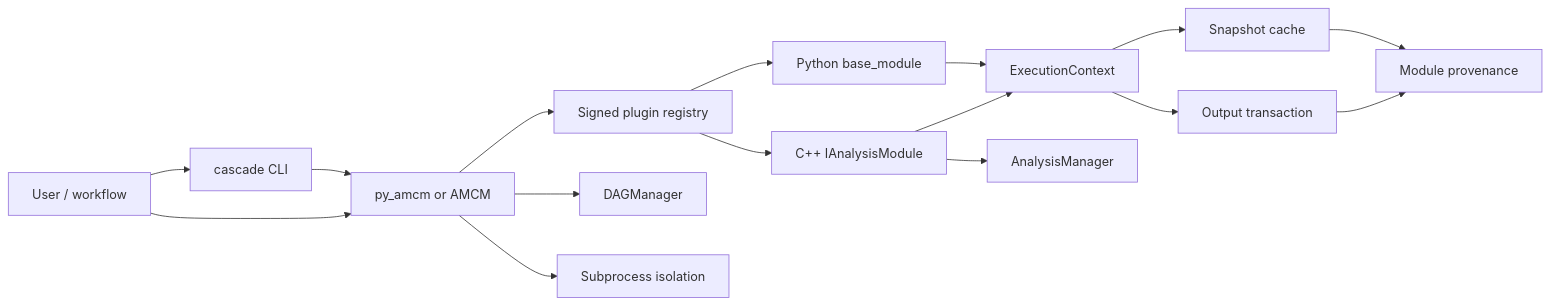
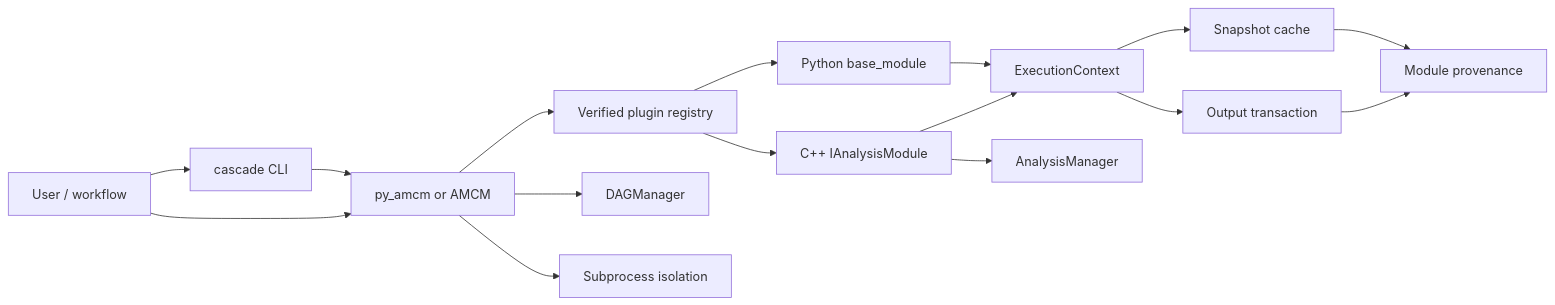
The diagram in docs/architecture.md (hlee-hep/cascade), drawn with Mermaid before and after one commit. The commit also changed other lines of this file and 32 other files, not shown here.

````diff
--- a/docs/architecture.md
+++ b/docs/architecture.md
@@ -5,18 +5,18 @@
 ```mermaid
 flowchart LR
     U["User / workflow"] --> Q["cascade CLI"]
     U --> C["py_amcm or AMCM"]
     Q --> C
-    C --> R["Signed plugin registry"]
+    C --> R["Verified plugin registry"]
     R --> M["C++ IAnalysisModule"]
     R --> P["Python base_module"]
     M --> X["ExecutionContext"]
     P --> X
     X --> O["Output transaction"]
     X --> K["Snapshot cache"]
     O --> V["Module provenance"]
     K --> V
     M --> A["AnalysisManager"]
     C --> D["DAGManager"]
     C --> I["Subprocess isolation"]
 ```
````
